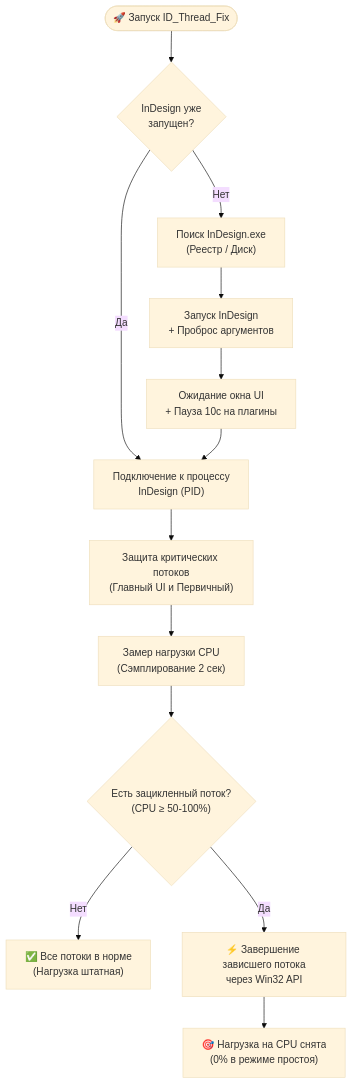
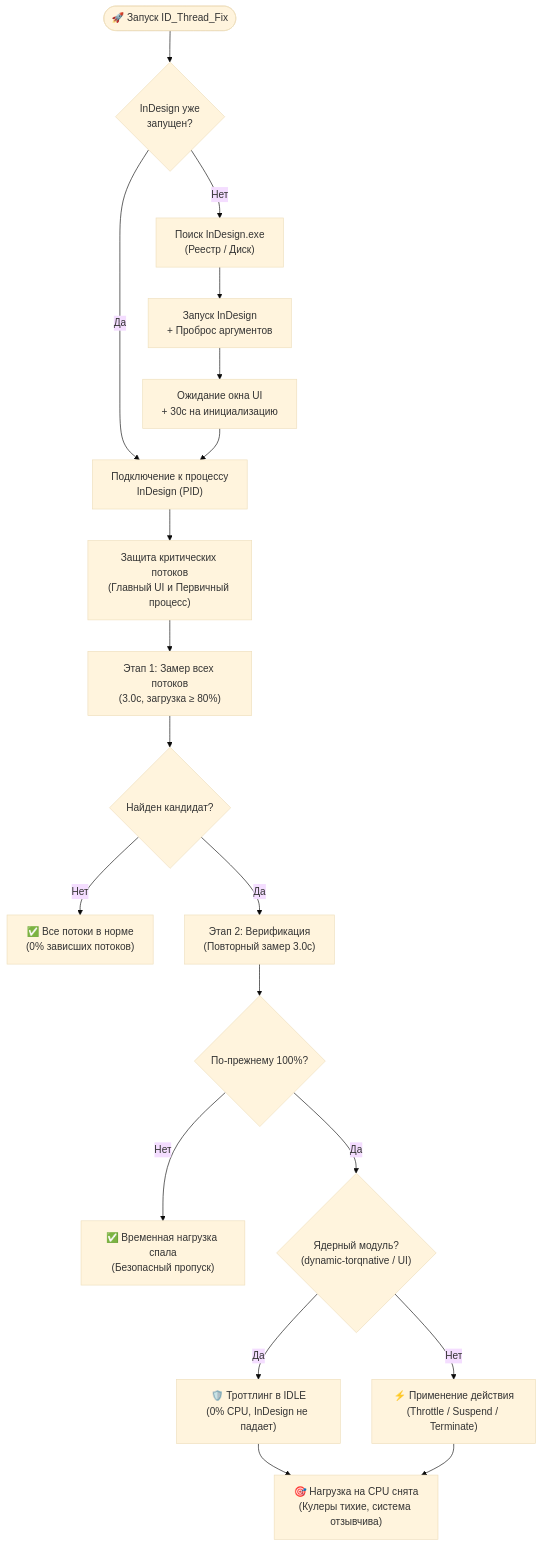
The second of 2 diagrams in README.md (SaidAuita/ID_Thread_Fix), drawn with Mermaid (base theme) before and after one commit. The commit also changed other lines of this file and 3 other files, not shown here.

````diff
--- a/README.md
+++ b/README.md
@@ -193,15 +205,21 @@
 ```mermaid
 flowchart TD
     A(["🚀 Запуск ID_Thread_Fix"]) --> B{"InDesign уже<br/>запущен?"}
     B -- Нет --> C["Поиск InDesign.exe<br/>(Реестр / Диск)"]
     C --> D["Запуск InDesign<br/>+ Проброс аргументов"]
-    D --> E["Ожидание окна UI<br/>+ Пауза 10с на плагины"]
+    D --> E["Ожидание окна UI<br/>+ 30с на инициализацию"]
     B -- Да --> F["Подключение к процессу<br/>InDesign (PID)"]
     E --> F
-    F --> G["Защита критических потоков<br/>(Главный UI и Первичный)"]
-    G --> H["Замер нагрузки CPU<br/>(Сэмплирование 2 сек)"]
-    H --> I{"Есть зацикленный поток?<br/>(CPU &ge; 50-100%)"}
-    I -- Нет --> J["✅ Все потоки в норме<br/>(Нагрузка штатная)"]
-    I -- Да --> K["⚡ Завершение зависшего потока<br/>через Win32 API"]
-    K --> L["🎯 Нагрузка на CPU снята<br/>(0% в режиме простоя)"]
+    F --> G["Защита критических потоков<br/>(Главный UI и Первичный процесс)"]
+    G --> H["Этап 1: Замер всех потоков<br/>(3.0с, загрузка &ge; 80%)"]
+    H --> I{"Найден кандидат?"}
+    I -- Нет --> J["✅ Все потоки в норме<br/>(0% зависших потоков)"]
+    I -- Да --> K["Этап 2: Верификация<br/>(Повторный замер 3.0с)"]
+    K --> L{"По-прежнему 100%?"}
+    L -- Нет --> M["✅ Временная нагрузка спала<br/>(Безопасный пропуск)"]
+    L -- Да --> N{"Ядерный модуль?<br/>(dynamic-torqnative / UI)"}
+    N -- Да --> O["🛡️ Троттлинг в IDLE<br/>(0% CPU, InDesign не падает)"]
+    N -- Нет --> P["⚡ Применение действия<br/>(Throttle / Suspend / Terminate)"]
+    O --> Q["🎯 Нагрузка на CPU снята<br/>(Кулеры тихие, система отзывчива)"]
+    P --> Q
 ```
````
